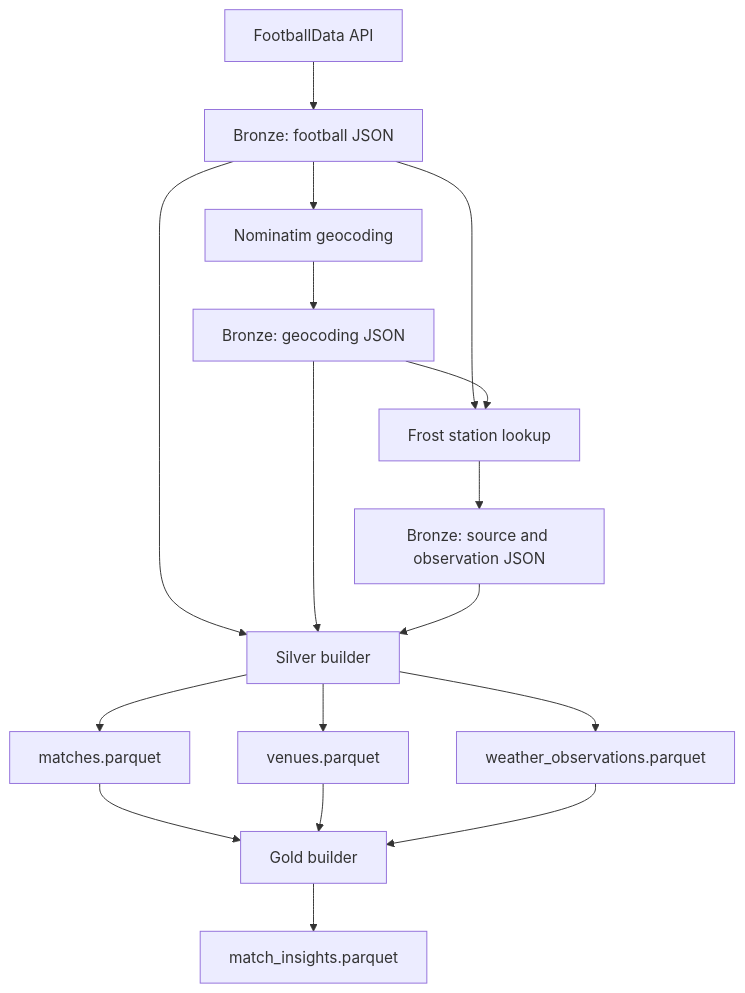
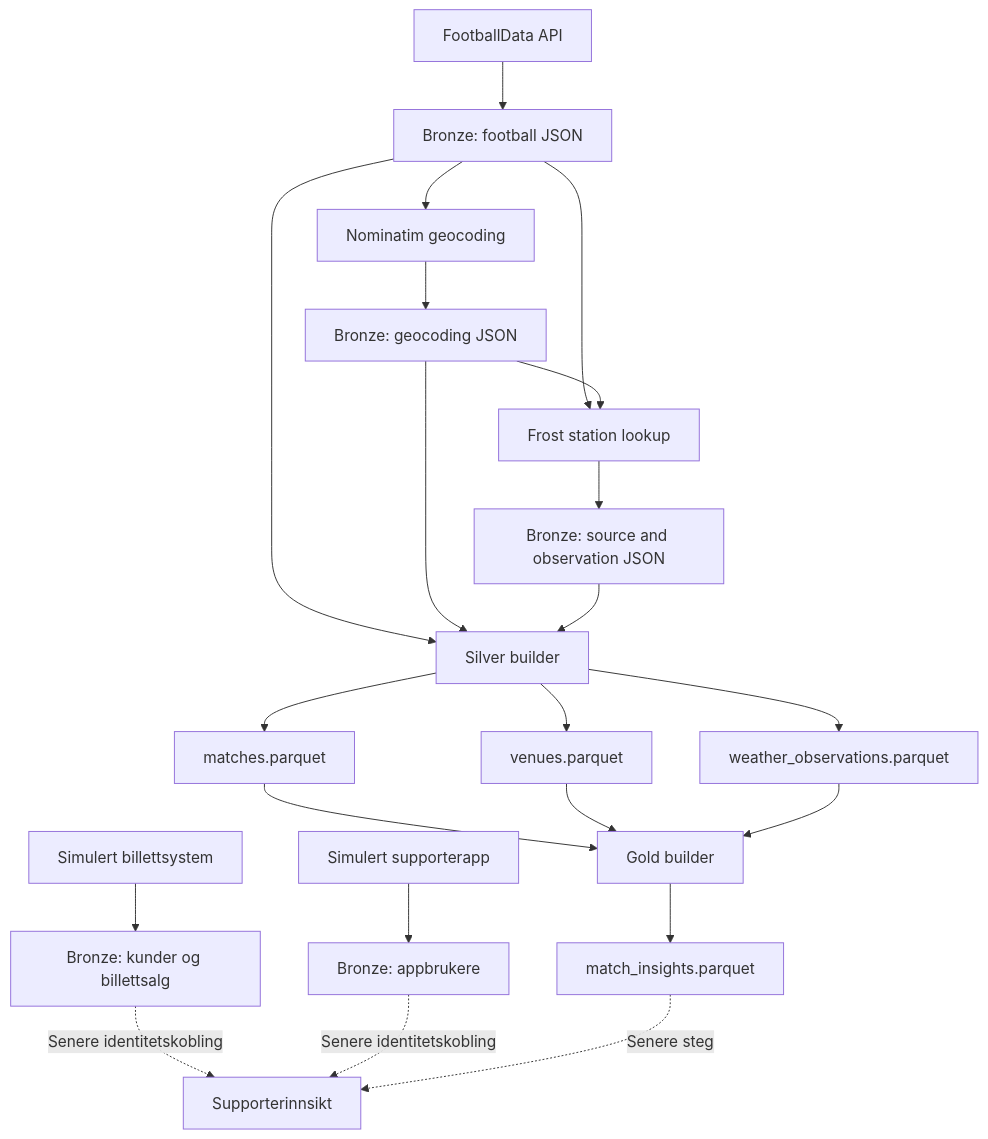
One commit to NilsenTommy/club-data-platform changed the diagram in README.md. Above: the diagram before and after it, drawn with Mermaid. The commit also changed other lines of this file and 5 other files, not shown here.

````diff
--- a/README.md
+++ b/README.md
@@ -36,19 +39,24 @@
 ```mermaid
 flowchart TD
 		FD[FootballData API] --> BF[Bronze: football JSON]
 		BF --> N[Nominatim geocoding]
 		N --> BG[Bronze: geocoding JSON]
 		BF --> F[Frost station lookup]
 		BG --> F
 		F --> BW[Bronze: source and observation JSON]
 		BF --> S[Silver builder]
 		BG --> S
 		BW --> S
 		S --> SM[matches.parquet]
 		S --> SV[venues.parquet]
 		S --> SW[weather_observations.parquet]
 		SM --> G[Gold builder]
 		SV --> G
 		SW --> G
 		G --> GM[match_insights.parquet]
+		TS[Simulert billettsystem] --> BTS[Bronze: kunder og billettsalg]
+		SA[Simulert supporterapp] --> BAS[Bronze: appbrukere]
+		BTS -. Senere identitetskobling .-> FI[Supporterinnsikt]
+		BAS -. Senere identitetskobling .-> FI
+		GM -. Senere steg .-> FI
 ```
````
